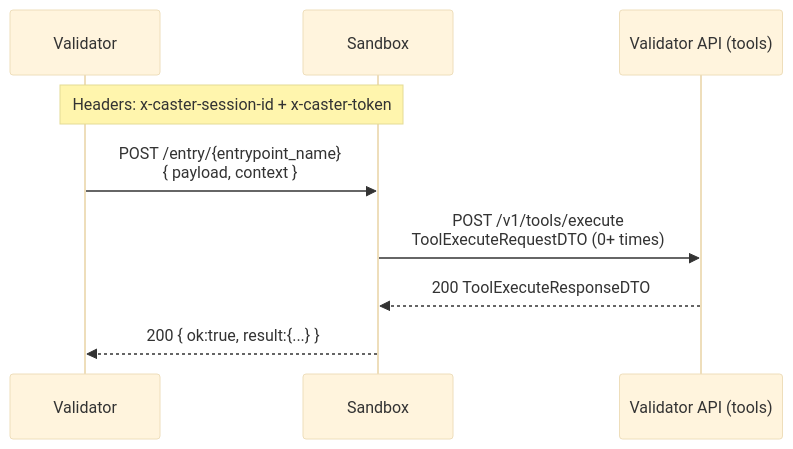
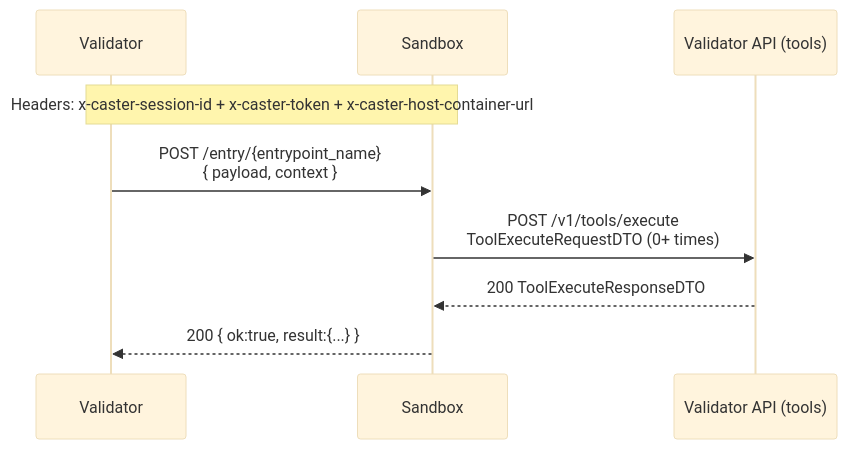
The fourth of 7 diagrams in docs/api/flows.md (caster-hub/caster), drawn with Mermaid (base theme) before and after one commit. The commit also changed 26 other files, not shown here.

Commit message:
Enhance sandbox architecture and tool routing by introducing shared state management and request headers. add architecture documnetation

````diff
--- a/docs/api/flows.md
+++ b/docs/api/flows.md
@@ -103,14 +103,14 @@
 ```mermaid
 sequenceDiagram
   participant V as Validator
   participant S as Sandbox
   participant VA as Validator API (tools)
 
-  Note over V,S: Headers: x-caster-session-id + x-caster-token
+  Note over V,S: Headers: x-caster-session-id + x-caster-token + x-caster-host-container-url
   V->>S: POST /entry/{entrypoint_name}<br/>{ payload, context }
 
   S->>VA: POST /v1/tools/execute<br/>ToolExecuteRequestDTO (0+ times)
   VA-->>S: 200 ToolExecuteResponseDTO
 
   S-->>V: 200 { ok:true, result:{...} }
 ```
````
